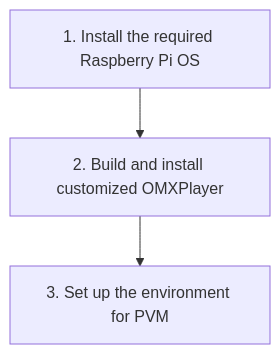
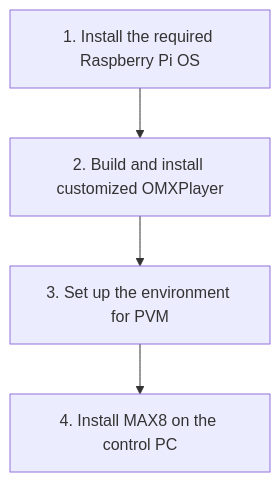
Before and after one commit to omarcostahamido/PVM: the diagram in README.md, drawn with Mermaid. The commit also changed other lines of this file, not shown here.

Commit message:
Add install MAX8 step

````diff
--- a/README.md
+++ b/README.md
@@ -14,6 +14,7 @@
 ```mermaid
 graph TD;
 A[1. Install the required Raspberry Pi OS] --> B;
 B[2. Build and install customized OMXPlayer] --> C;
-C[3. Set up the environment for PVM]
+C[3. Set up the environment for PVM] --> D;
+D[4. Install MAX8 on the control PC]
 ```
````
